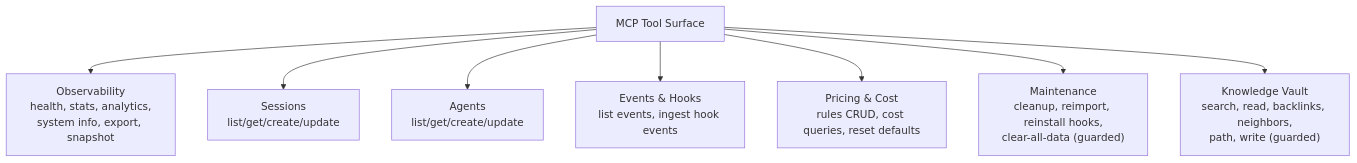
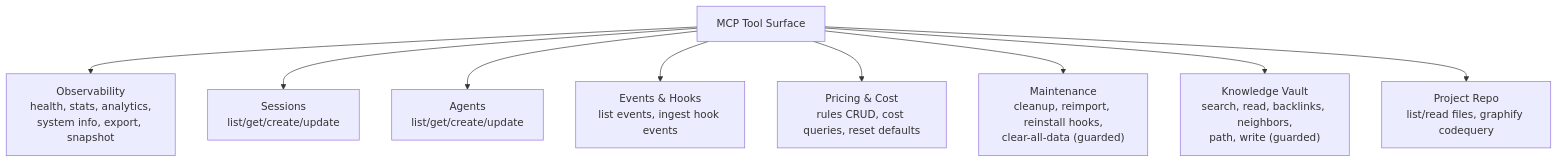
Before and after one commit to MrZarrar/Jarvis-Sub-Agent-Dashboard: the second of 11 diagrams in mcp/README.md, drawn with Mermaid. The commit also changed other lines of this file and 140 other files, not shown here.

````diff
--- a/mcp/README.md
+++ b/mcp/README.md
@@ -127,19 +127,21 @@
 ```mermaid
 graph TD
     ROOT["MCP Tool Surface"]
     OBS["Observability<br/>health, stats, analytics,<br/>system info, export, snapshot"]
     SES["Sessions<br/>list/get/create/update"]
     AGT["Agents<br/>list/get/create/update"]
     EVT["Events & Hooks<br/>list events, ingest hook events"]
     PRC["Pricing & Cost<br/>rules CRUD, cost queries, reset defaults"]
     MNT["Maintenance<br/>cleanup, reimport, reinstall hooks,<br/>clear-all-data (guarded)"]
     VLT["Knowledge Vault<br/>search, read, backlinks, neighbors,<br/>path, write (guarded)"]
+    PRJ["Project Repo<br/>list/read files, graphify codequery"]
 
     ROOT --> OBS
     ROOT --> SES
     ROOT --> AGT
     ROOT --> EVT
     ROOT --> PRC
     ROOT --> MNT
     ROOT --> VLT
+    ROOT --> PRJ
 ```
````
